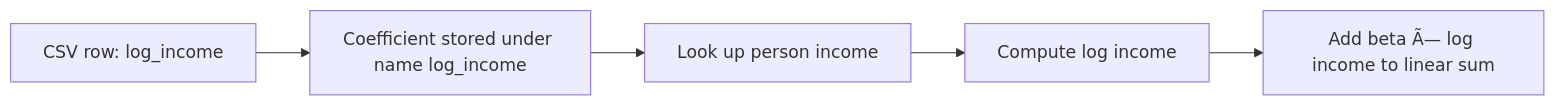
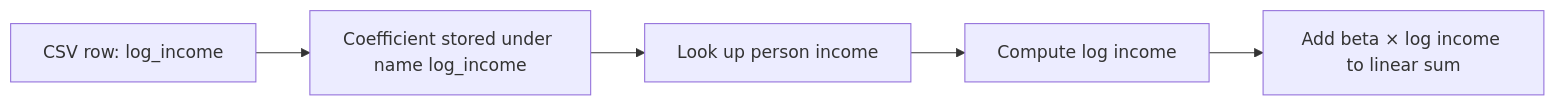
Before and after one commit to imperialCHEPI/healthgps: the fourth of 4 diagrams in documentation/technical/guides/finch-linear-models-and-income-adjustment.md, drawn with Mermaid. The commit also changed other lines of this file and 19 other files, not shown here.

````diff
--- a/documentation/technical/guides/finch-linear-models-and-income-adjustment.md
+++ b/documentation/technical/guides/finch-linear-models-and-income-adjustment.md
@@ -353,7 +353,7 @@
 ```mermaid
 flowchart LR
     CSV[CSV row: log_income] --> LOAD[Coefficient stored under name log_income]
     LOAD --> EVAL[Look up person income]
     EVAL --> LOG[Compute log income]
-    LOG --> SUM[Add beta Ã— log income to linear sum]
+    LOG --> SUM[Add beta × log income to linear sum]
 ```
````
